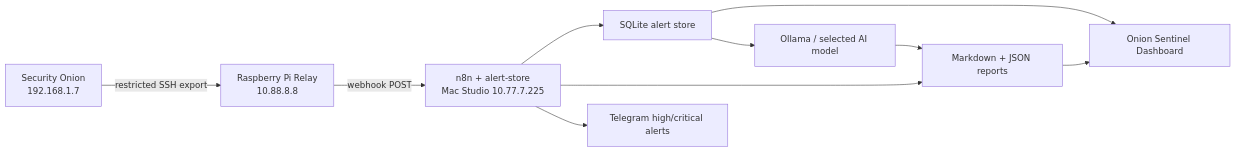
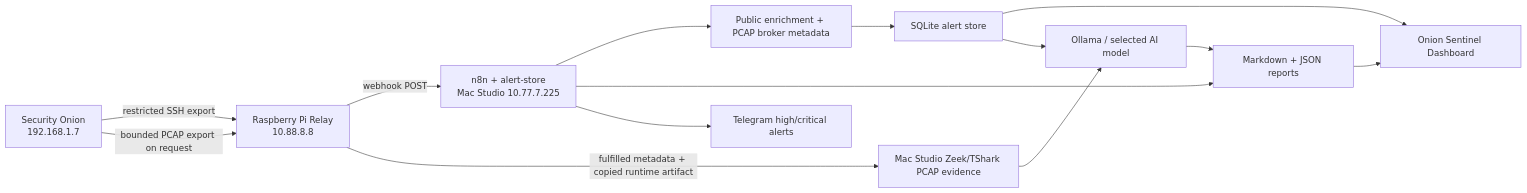
One commit to ArronJablonowski/OnionSentinel changed the diagram in README.md. Above: the diagram before and after it, drawn with Mermaid. The commit also changed 15 other files, not shown here.

Commit message:
Add Mac Studio PCAP evidence analysis workflow

````diff
--- a/README.md
+++ b/README.md
@@ -9,12 +9,16 @@
 ```mermaid
 flowchart LR
   SO["Security Onion\n192.168.1.7"] -->|restricted SSH export| PI["Raspberry Pi Relay\n10.88.8.8"]
   PI -->|webhook POST| N8N["n8n + alert-store\nMac Studio 10.77.7.225"]
-  N8N --> DB["SQLite alert store"]
+  N8N --> ENRICH["Public enrichment + PCAP broker metadata"]
+  ENRICH --> DB["SQLite alert store"]
   N8N --> MD["Markdown + JSON reports"]
   N8N --> TG["Telegram high/critical alerts"]
   DB --> UI["Onion Sentinel Dashboard"]
   MD --> UI
+  SO -->|bounded PCAP export on request| PI
+  PI -->|fulfilled metadata + copied runtime artifact| PCAP["Mac Studio Zeek/TShark PCAP evidence"]
+  PCAP --> LLM
   DB --> LLM["Ollama / selected AI model"]
   LLM --> MD
 ```
````
